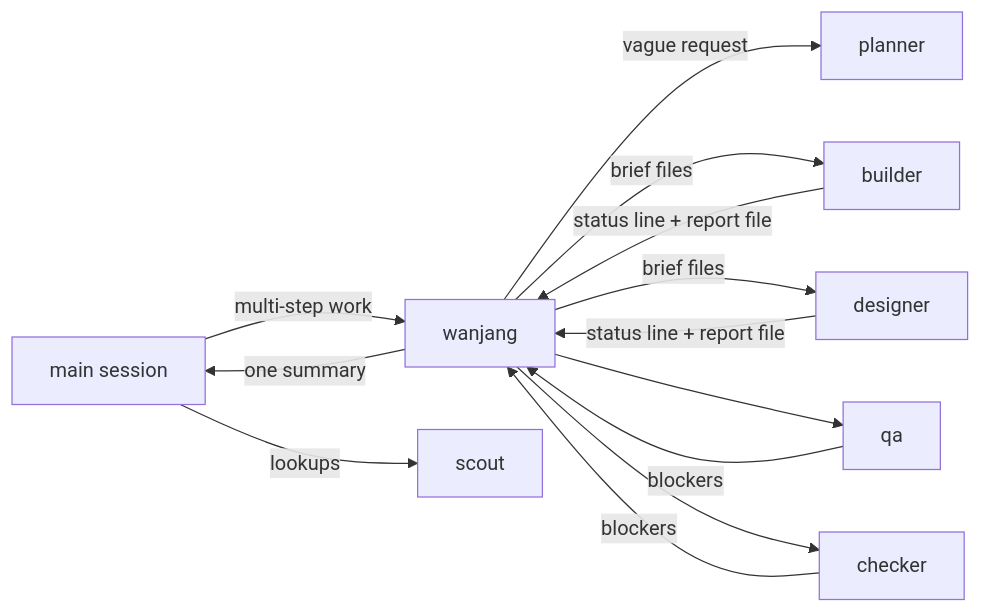
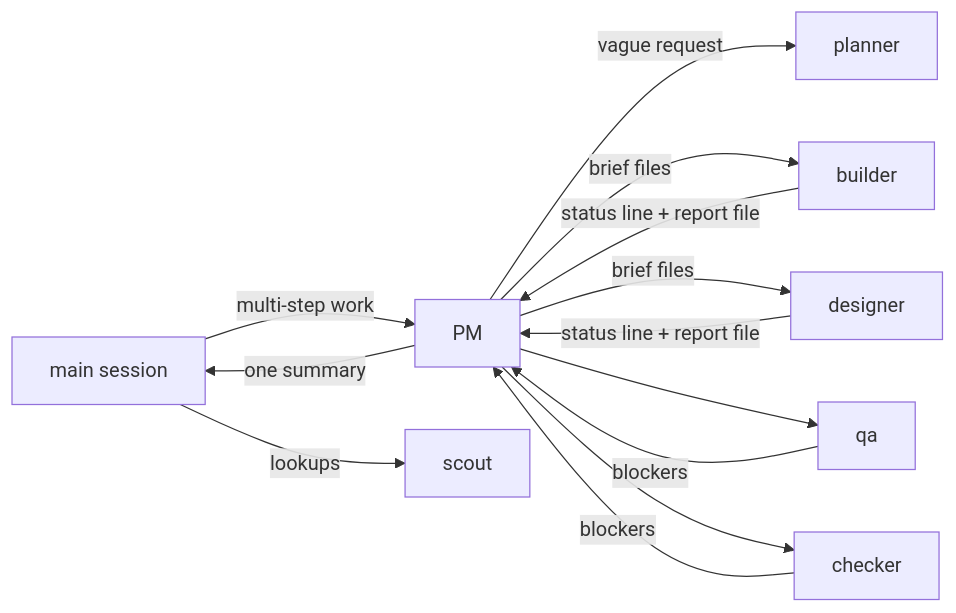
Before and after one commit to levx-me/wanjang: the diagram in README.md, drawn with Mermaid. The commit also changed other lines of this file and 4 other files, not shown here.

````diff
--- a/README.md
+++ b/README.md
@@ -51,13 +51,13 @@
 ```mermaid
 flowchart LR
-  main[main session] -->|multi-step work| W[wanjang]
+  main[main session] -->|multi-step work| W[PM]
   main -->|lookups| S[scout]
   W -->|vague request| P[planner]
   W -->|brief files| B[builder]
   W -->|brief files| D[designer]
   B & D -->|status line + report file| W
   W --> Q[qa]
   W --> C[checker]
   Q & C -->|blockers| W
   W -->|one summary| main
 ```
````
